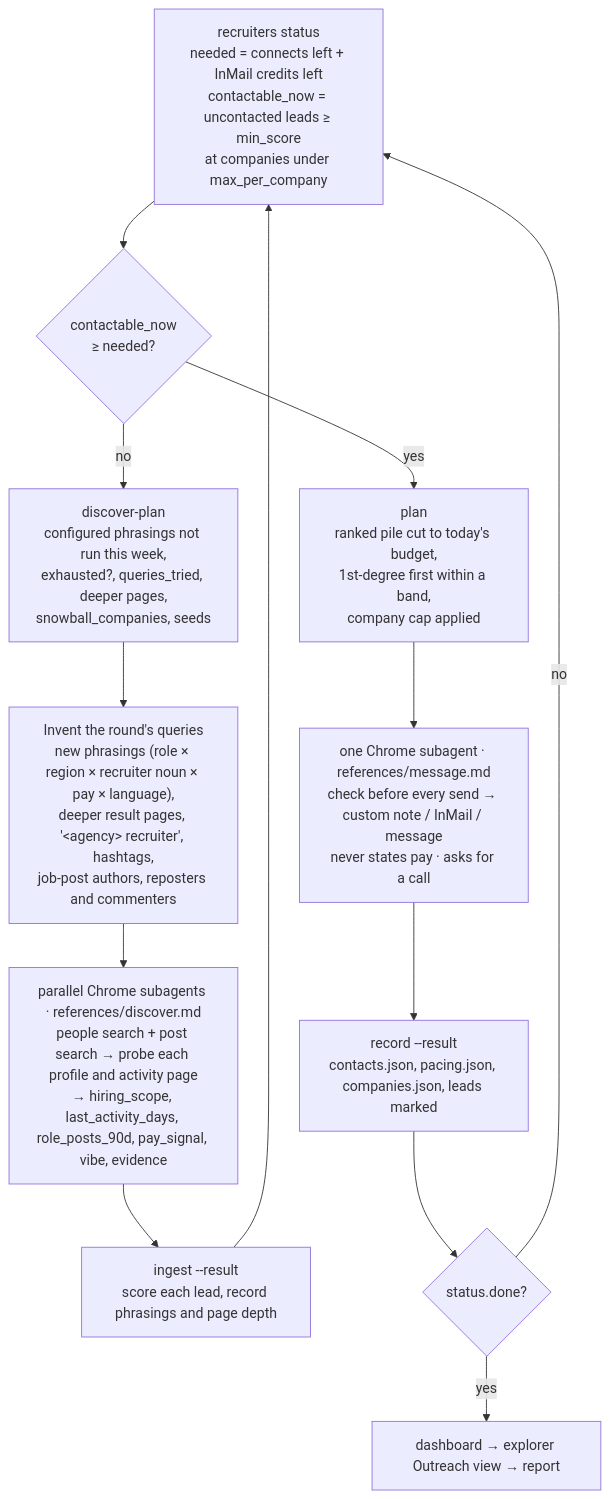
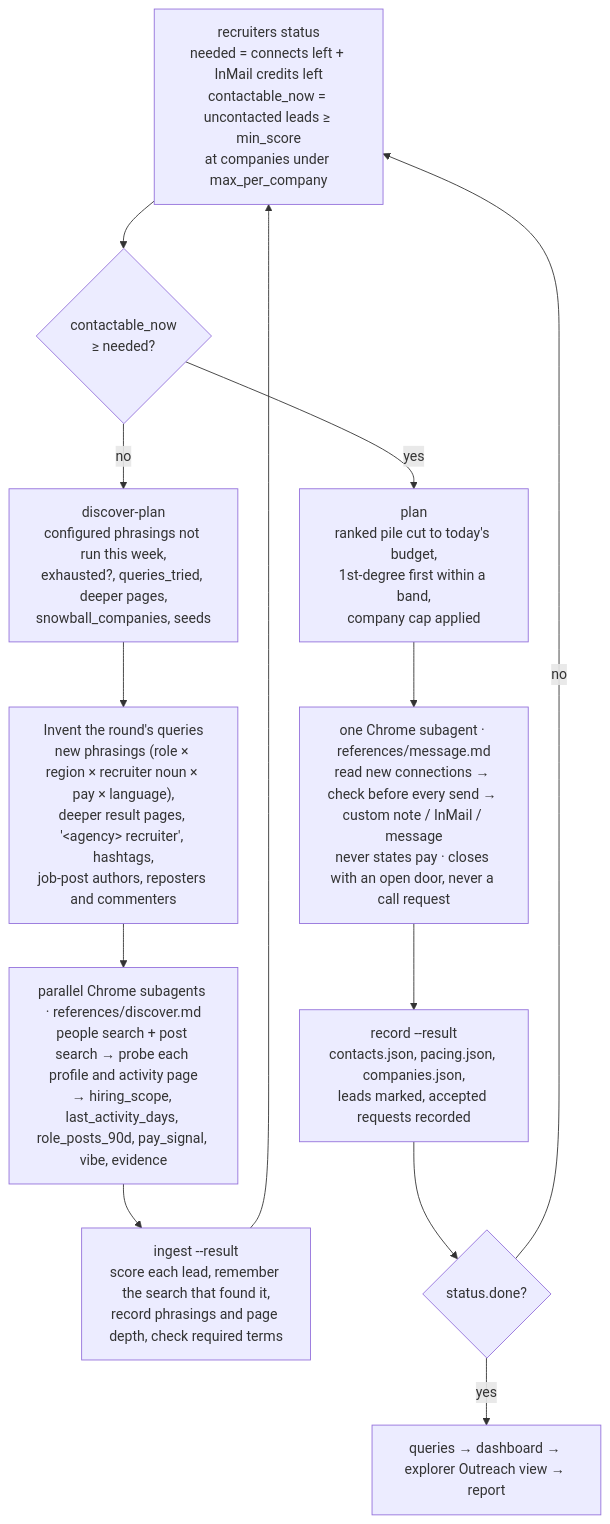
Before and after one commit to ruanchaves/autopilot: the sixth of 7 diagrams in README.md, drawn with Mermaid. The commit also changed other lines of this file and 6 other files, not shown here.

First line of the commit message:
recruiter-outreach: trace leads to the search that found them, softer first message, nearshore required

````diff
--- a/README.md
+++ b/README.md
@@ -220,15 +220,15 @@
 ```mermaid
 flowchart TD
     status["recruiters status<br/>needed = connects left + InMail credits left<br/>contactable_now = uncontacted leads ≥ min_score<br/>at companies under max_per_company"] --> enough{"contactable_now<br/>≥ needed?"}
     enough -- no --> dplan["discover-plan<br/>configured phrasings not run this week,<br/>exhausted?, queries_tried, deeper pages,<br/>snowball_companies, seeds"]
     dplan --> invent["Invent the round's queries<br/>new phrasings (role × region × recruiter noun × pay × language),<br/>deeper result pages, '&lt;agency&gt; recruiter', hashtags,<br/>job-post authors, reposters and commenters"]
     invent --> disc["parallel Chrome subagents · references/discover.md<br/>people search + post search → probe each profile and activity page<br/>→ hiring_scope, last_activity_days, role_posts_90d, pay_signal, vibe, evidence"]
-    disc --> ingest["ingest --result<br/>score each lead, record phrasings and page depth"]
+    disc --> ingest["ingest --result<br/>score each lead, remember the search that found it,<br/>record phrasings and page depth, check required terms"]
     ingest --> status
     enough -- yes --> plan["plan<br/>ranked pile cut to today's budget,<br/>1st-degree first within a band,<br/>company cap applied"]
-    plan --> send["one Chrome subagent · references/message.md<br/>check before every send → custom note / InMail / message<br/>never states pay · asks for a call"]
-    send --> record["record --result<br/>contacts.json, pacing.json, companies.json, leads marked"]
+    plan --> send["one Chrome subagent · references/message.md<br/>read new connections → check before every send → custom note / InMail / message<br/>never states pay · closes with an open door, never a call request"]
+    send --> record["record --result<br/>contacts.json, pacing.json, companies.json,<br/>leads marked, accepted requests recorded"]
     record --> done{"status.done?"}
     done -- no --> status
-    done -- yes --> report["dashboard → explorer Outreach view → report"]
+    done -- yes --> report["queries → dashboard → explorer Outreach view → report"]
 ```
````
